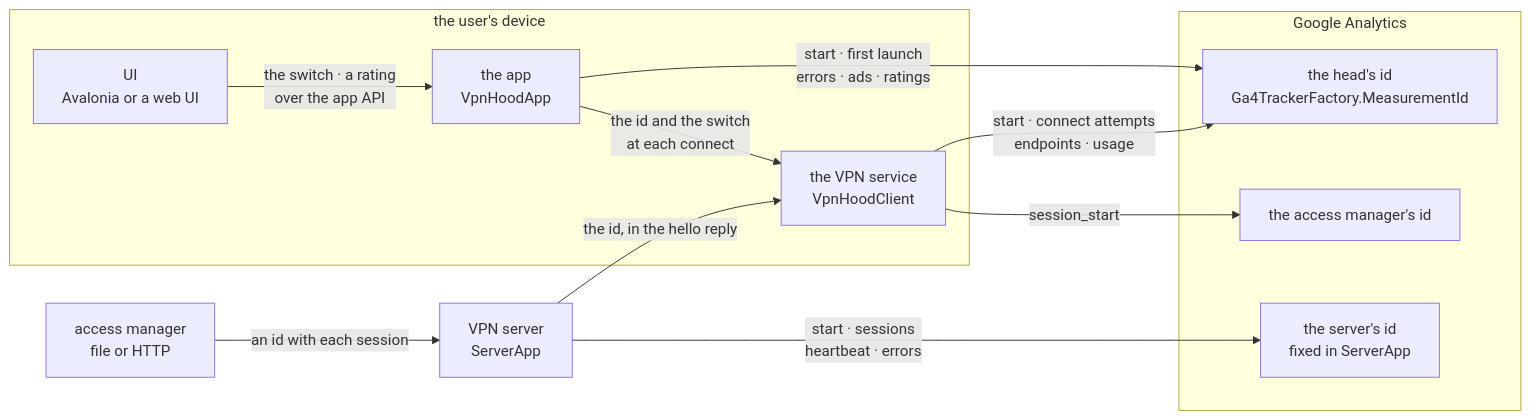
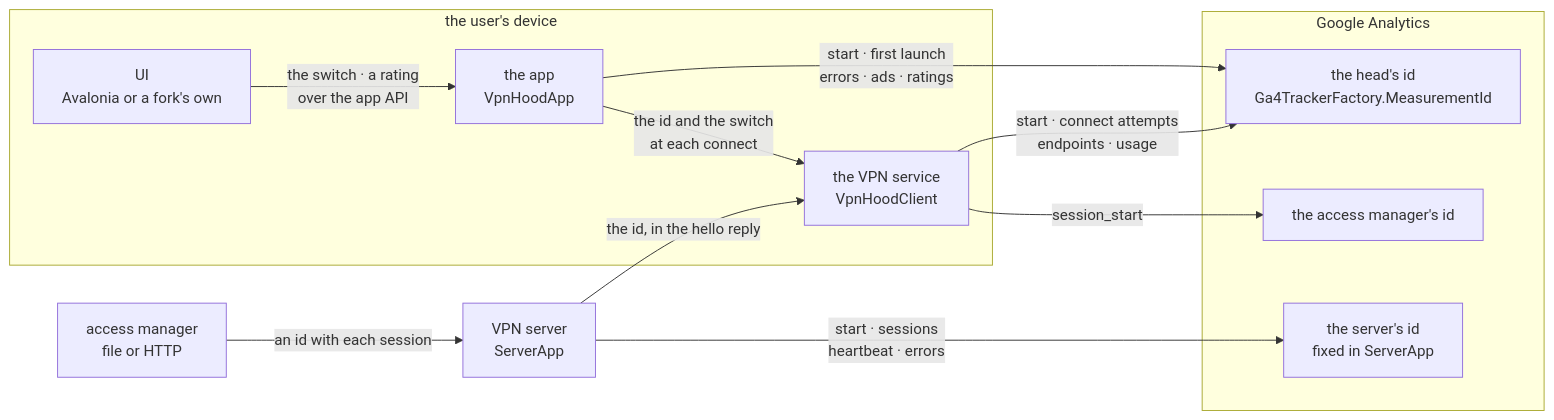
Before and after one commit to vpnhood/VpnHood: the first of 2 diagrams in docs/tracking/README.md, drawn with Mermaid. The commit also changed other lines of this file and 1 other file, not shown here.

Commit message:
The tracking docs and the desktop window's comment no longer speak of a web UI: a fork's UI is a UI of its own. A doc and a comment only.

````diff
--- a/docs/tracking/README.md
+++ b/docs/tracking/README.md
@@ -25,26 +25,26 @@
 ```mermaid
 graph LR
     subgraph device["the user's device"]
-        UI["UI<br/>Avalonia or a web UI"]
+        UI["UI<br/>Avalonia or a fork's own"]
         APP["the app<br/>VpnHoodApp"]
         SVC["the VPN service<br/>VpnHoodClient"]
     end
 
     AM["access manager<br/>file or HTTP"]
     SRV["VPN server<br/>ServerApp"]
 
     subgraph ga["Google Analytics"]
         HEADID["the head's id<br/>Ga4TrackerFactory.MeasurementId"]
         AMID["the access manager's id"]
         SRVID["the server's id<br/>fixed in ServerApp"]
     end
 
     UI -- "the switch · a rating<br/>over the app API" --> APP
     APP -- "the id and the switch<br/>at each connect" --> SVC
     APP -- "start · first launch<br/>errors · ads · ratings" --> HEADID
     SVC -- "start · connect attempts<br/>endpoints · usage" --> HEADID
     AM -- "an id with each session" --> SRV
     SRV -- "the id, in the hello reply" --> SVC
     SVC -- "session_start" --> AMID
     SRV -- "start · sessions<br/>heartbeat · errors" --> SRVID
 ```
````
